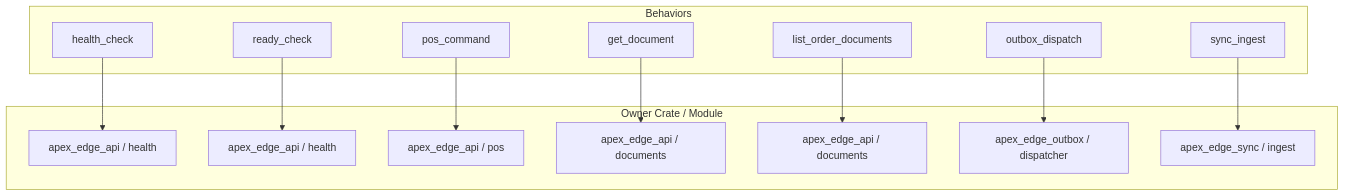
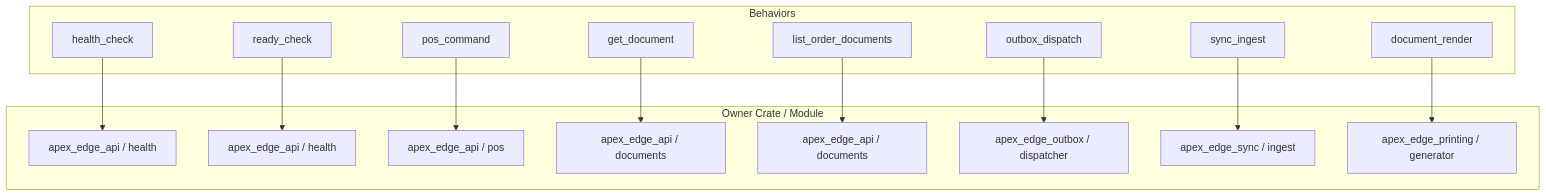
One commit to AncientiCe/apex-edge changed the eighth of 14 diagrams in docs/architecture/README.md. Above: the diagram before and after it, drawn with Mermaid. The commit also changed other lines of this file and 22 other files, not shown here.

````diff
--- a/docs/architecture/README.md
+++ b/docs/architecture/README.md
@@ -264,28 +264,31 @@
 ```mermaid
 flowchart TB
     subgraph behaviors [Behaviors]
         B1[health_check]
         B2[ready_check]
         B3[pos_command]
         B4[get_document]
         B5[list_order_documents]
         B6[outbox_dispatch]
         B7[sync_ingest]
+        B8[document_render]
     end
     subgraph owners [Owner Crate / Module]
         O1[apex_edge_api / health]
         O2[apex_edge_api / health]
         O3[apex_edge_api / pos]
         O4[apex_edge_api / documents]
         O5[apex_edge_api / documents]
         O6[apex_edge_outbox / dispatcher]
         O7[apex_edge_sync / ingest]
+        O8[apex_edge_printing / generator]
     end
     B1 --> O1
     B2 --> O2
     B3 --> O3
     B4 --> O4
     B5 --> O5
     B6 --> O6
     B7 --> O7
+    B8 --> O8
 ```
````
